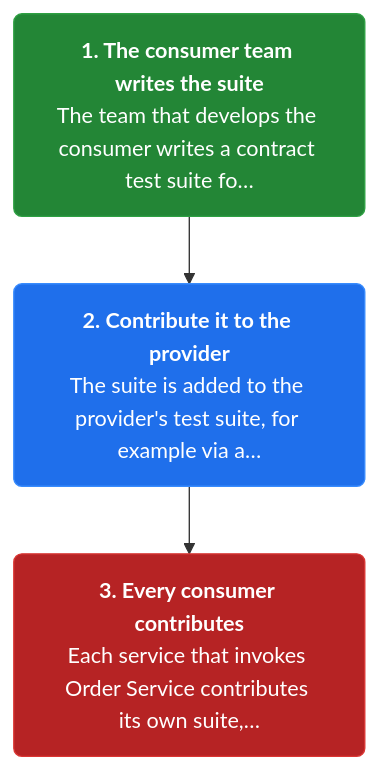
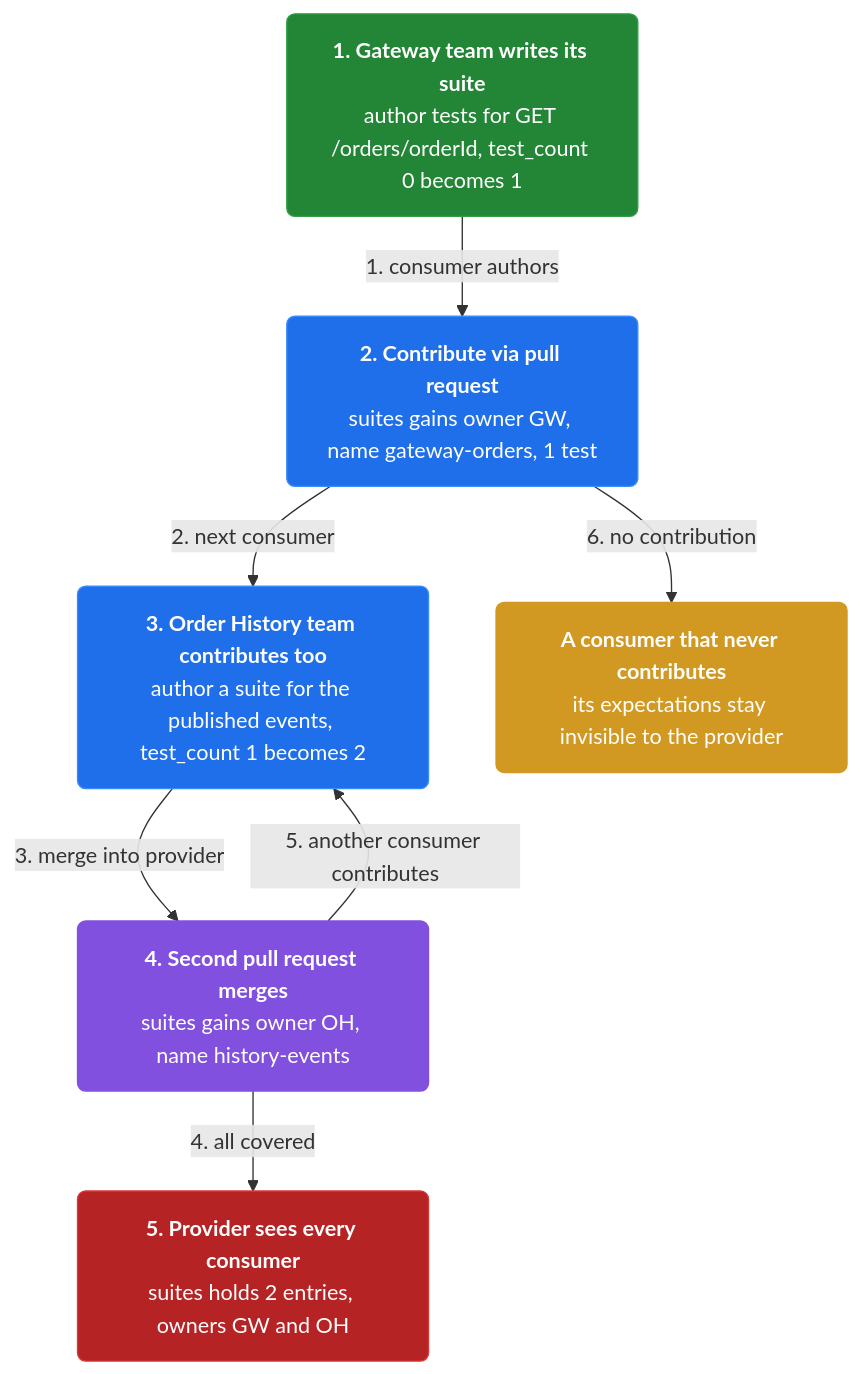
One commit to vinayakuber/microservices-io-study-guide changed the second of 4 diagrams in docs/ch25-consumer-driven-contract-test.md. Above: the diagram before and after it, drawn with Mermaid. The commit also changed other lines of this file and 46 other files, not shown here.

First line of the commit message:
Author rich branching flow diagrams for all 44 chapters

````diff
--- a/docs/ch25-consumer-driven-contract-test.md
+++ b/docs/ch25-consumer-driven-contract-test.md
@@ -50,11 +58,20 @@
 ```mermaid
 flowchart TD
-  classDef step fill:#1f6feb,color:#ffffff,stroke:#388bfd,stroke-width:1px,rx:6
+  classDef step fill:#1f6feb,color:#ffffff,stroke:#388bfd,rx:6
+  classDef core fill:#8250df,color:#ffffff,stroke:#8250df,rx:6
+  classDef warn fill:#d29922,color:#ffffff,stroke:#d29922,rx:6
   classDef start fill:#238636,color:#ffffff,stroke:#2ea043,rx:6
   classDef stop fill:#b62324,color:#ffffff,stroke:#da3633,rx:6
-  s1n0["<b>1. The consumer team writes the suite</b><br/>The team that develops the consumer writes a contract test suite fo…"]:::start
-  s1n1["<b>2. Contribute it to the provider</b><br/>The suite is added to the provider's test suite, for example via a…"]:::step
-  s1n2["<b>3. Every consumer contributes</b><br/>Each service that invokes Order Service contributes its own suite,…"]:::stop
-  s1n0 --> s1n1
-  s1n1 --> s1n2
+  n0["<b>1. Gateway team writes its suite</b><br/>author tests for GET /orders/orderId, test_count 0 becomes 1"]:::start
+  n1["<b>2. Contribute via pull request</b><br/>suites gains owner GW, name gateway-orders, 1 test"]:::step
+  n2["<b>3. Order History team contributes too</b><br/>author a suite for the published events, test_count 1 becomes 2"]:::step
+  n3["<b>4. Second pull request merges</b><br/>suites gains owner OH, name history-events"]:::core
+  n4["<b>5. Provider sees every consumer</b><br/>suites holds 2 entries, owners GW and OH"]:::stop
+  n5["<b>A consumer that never contributes</b><br/>its expectations stay invisible to the provider"]:::warn
+  n0 -->|"1. consumer authors"| n1
+  n1 -->|"2. next consumer"| n2
+  n2 -->|"3. merge into provider"| n3
+  n3 -->|"4. all covered"| n4
+  n3 -->|"5. another consumer contributes"| n2
+  n1 -->|"6. no contribution"| n5
 ```
````
